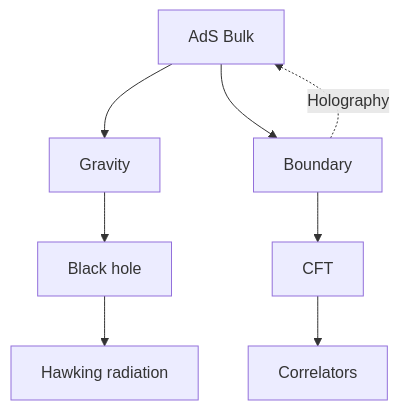
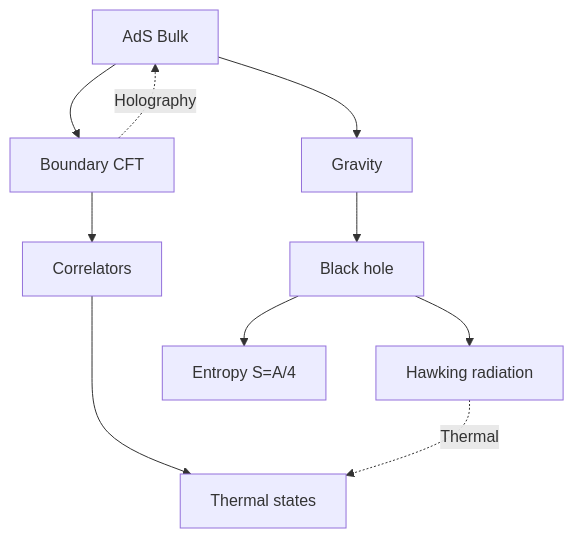
The second of 5 diagrams in 03_MSc_Physics/electives/MSPY_6410_AdS_CFT_Correspondence/README.md (yip-lgtm/PhysicsSelfStudy), drawn with Mermaid before and after one commit. The commit also changed other lines of this file and 17 other files, not shown here.

````diff
--- a/03_MSc_Physics/electives/MSPY_6410_AdS_CFT_Correspondence/README.md
+++ b/03_MSc_Physics/electives/MSPY_6410_AdS_CFT_Correspondence/README.md
@@ -249,10 +420,12 @@
 ```mermaid
 graph TD
     A[AdS Bulk] --> B[Gravity]
     B --> C[Black hole]
     C --> D[Hawking radiation]
-    A --> E[Boundary]
-    E --> F[CFT]
+    C --> E[Entropy S=A/4]
+    A --> F[Boundary CFT]
     F --> G[Correlators]
-    E -.->|Holography| A
+    G --> H[Thermal states]
+    F -.->|Holography| A
+    D -.->|Thermal| H
 ```
````
